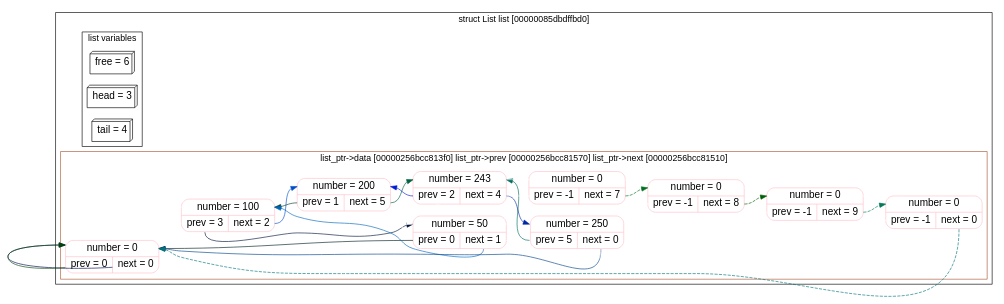
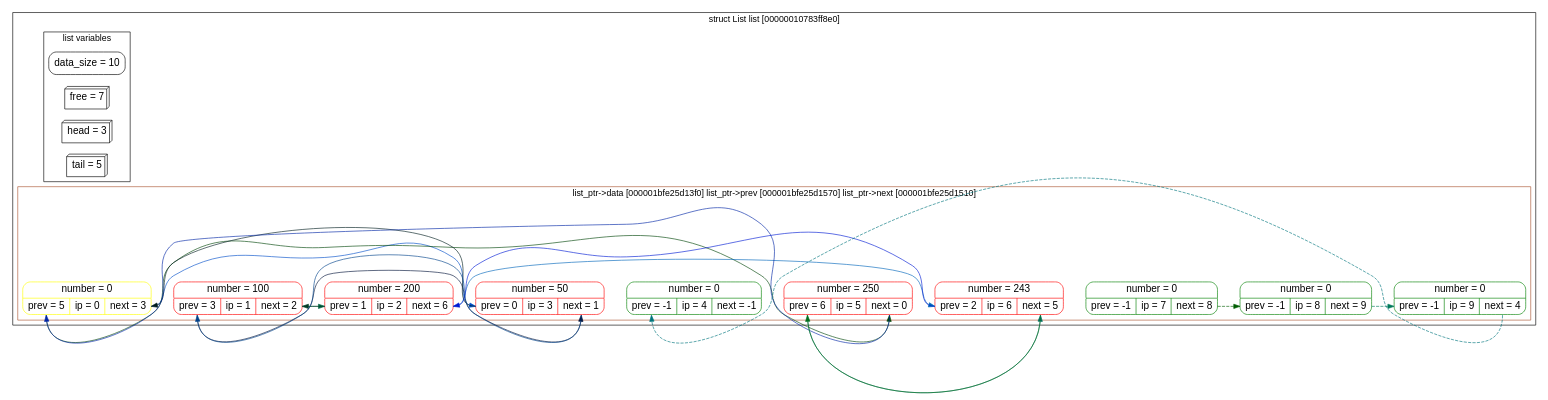
One commit to TimofeiMenshikov/list changed the diagram in graph/test.dot. Above: the diagram before and after it, drawn with Graphviz. The commit also changed 11 other files, not shown here.

```diff
--- a/graph/test.dot
+++ b/graph/test.dot
@@ -1,58 +1,41 @@
 digraph G {
 rankdir = "LR";
 subgraph cluster0 {
-label = "struct List list [00000085dbdffbd0]";fontname="Helvetica,Arial,sans-serif";
+label = "struct List list [00000010783ff8e0]";fontname="Helvetica,Arial,sans-serif";
 node [fontname="Helvetica,Arial,sans-serif" fontsize = "16" ];
 edge [fontname="Helvetica,Arial,sans-serif"];
 subgraph cluster1 {
 rankdir = "TB";
-label = "list variables"free [shape=box3d, label="free = 6"];
+label = "list variables"data_size [shape="Mrecord", label ="data_size = 10"]
+free [shape=box3d, label="free = 7"];
 head [shape=box3d, label="head = 3"];
-tail [shape=box3d, label="tail = 4"];
+tail [shape=box3d, label="tail = 5"];
 }
 subgraph cluster2 {
-color = "#AA5533"label = "list_ptr->data [00000256bcc813f0] list_ptr->prev [00000256bcc81570] list_ptr->next [00000256bcc81510]";"node0" [ label = " <f1> number =      0 | {<f0> prev = 0 |  <f2> next  = 0 }" shape = "Mrecord", color="Pink"];
-"node1" [ label = " <f1> number =    100 | {<f0> prev = 3 |  <f2> next  = 2 }" shape = "Mrecord", color="Pink"];
-"node2" [ label = " <f1> number =    200 | {<f0> prev = 1 |  <f2> next  = 5 }" shape = "Mrecord", color="Pink"];
-"node3" [ label = " <f1> number =     50 | {<f0> prev = 0 |  <f2> next  = 1 }" shape = "Mrecord", color="Pink"];
-"node4" [ label = " <f1> number =    250 | {<f0> prev = 5 |  <f2> next  = 0 }" shape = "Mrecord", color="Pink"];
-"node5" [ label = " <f1> number =    243 | {<f0> prev = 2 |  <f2> next  = 4 }" shape = "Mrecord", color="Pink"];
-"node6" [ label = " <f1> number =      0 | {<f0> prev = -1 |  <f2> next  = 7 }" shape = "Mrecord", color="Pink"];
-"node7" [ label = " <f1> number =      0 | {<f0> prev = -1 |  <f2> next  = 8 }" shape = "Mrecord", color="Pink"];
-"node8" [ label = " <f1> number =      0 | {<f0> prev = -1 |  <f2> next  = 9 }" shape = "Mrecord", color="Pink"];
-"node9" [ label = " <f1> number =      0 | {<f0> prev = -1 |  <f2> next  = 0 }" shape = "Mrecord", color="Pink"];
-"node0":f1 -> "node1":f1 [id = 0, color="White", width = 1000];
-"node0":f2 -> "node1":f0 [id = 1, color="White", width = 1000];
-"node1":f1 -> "node2":f1 [id = 2, color="White", width = 1000];
-"node1":f2 -> "node2":f0 [id = 3, color="White", width = 1000];
-"node2":f1 -> "node3":f1 [id = 4, color="White", width = 1000];
-"node2":f2 -> "node3":f0 [id = 5, color="White", width = 1000];
-"node3":f1 -> "node4":f1 [id = 6, color="White", width = 1000];
-"node3":f2 -> "node4":f0 [id = 7, color="White", width = 1000];
-"node4":f1 -> "node5":f1 [id = 8, color="White", width = 1000];
-"node4":f2 -> "node5":f0 [id = 9, color="White", width = 1000];
-"node5":f1 -> "node6":f1 [id = 10, color="White", width = 1000];
-"node5":f2 -> "node6":f0 [id = 11, color="White", width = 1000];
-"node6":f1 -> "node7":f1 [id = 12, color="White", width = 1000];
-"node6":f2 -> "node7":f0 [id = 13, color="White", width = 1000];
-"node7":f1 -> "node8":f1 [id = 14, color="White", width = 1000];
-"node7":f2 -> "node8":f0 [id = 15, color="White", width = 1000];
-"node8":f1 -> "node9":f1 [id = 16, color="White", width = 1000];
-"node8":f2 -> "node9":f0 [id = 17, color="White", width = 1000];
-"node0":f2 -> "node0":f1 [id = 20, color="#00074D"];
-"node1":f2 -> "node2":f1 [id = 21, color="#004DC8"];
-"node2":f2 -> "node5":f1 [id = 22, color="#006443"];
-"node3":f2 -> "node1":f1 [id = 23, color="#0066BB"];
-"node4":f2 -> "node0":f1 [id = 24, color="#00428B"];
-"node5":f2 -> "node4":f1 [id = 25, color="#0026A6"];
-"node6":f2 -> "node7":f1 [id = 26, color="#00701F", style="dashed"];
-"node7":f2 -> "node8":f1 [id = 27, color="#005D03", style="dashed"];
-"node8":f2 -> "node9":f1 [id = 28, color="#007A5A", style="dashed"];
-"node9":f2 -> "node0":f1 [id = 29, color="#00767D", style="dashed"];
-"node0":f0 -> "node0":f1 [id = 30, color="#004509"];
-"node1":f0 -> "node3":f1 [id = 31, color="#001238"];
-"node2":f0 -> "node1":f1 [id = 32, color="#003B25"];
-"node3":f0 -> "node0":f1 [id = 33, color="#001E1F"];
-"node4":f0 -> "node5":f1 [id = 34, color="#006E5D"];
-"node5":f0 -> "node2":f1 [id = 35, color="#001AD4"];
+color = "#AA5533"label = "list_ptr->data [000001bfe25d13f0] list_ptr->prev [000001bfe25d1570] list_ptr->next [000001bfe25d1510]";"node0" [ label = " <f1> number =      0 | {<f0> prev = 5 | <f4> ip = 0 | <f2> next  = 3 }" shape = "Mrecord", color="Yellow"];
+"node1" [ label = " <f1> number =    100 | {<f0> prev = 3 | <f4> ip = 1 | <f2> next  = 2 }" shape = "Mrecord", color="Red"];
+"node2" [ label = " <f1> number =    200 | {<f0> prev = 1 | <f4> ip = 2 | <f2> next  = 6 }" shape = "Mrecord", color="Red"];
+"node3" [ label = " <f1> number =     50 | {<f0> prev = 0 | <f4> ip = 3 | <f2> next  = 1 }" shape = "Mrecord", color="Red"];
+"node4" [ label = " <f1> number =      0 | {<f0> prev = -1 | <f4> ip = 4 | <f2> next  = -1 }" shape = "Mrecord", color="Green"];
+"node5" [ label = " <f1> number =    250 | {<f0> prev = 6 | <f4> ip = 5 | <f2> next  = 0 }" shape = "Mrecord", color="Red"];
+"node6" [ label = " <f1> number =    243 | {<f0> prev = 2 | <f4> ip = 6 | <f2> next  = 5 }" shape = "Mrecord", color="Red"];
+"node7" [ label = " <f1> number =      0 | {<f0> prev = -1 | <f4> ip = 7 | <f2> next  = 8 }" shape = "Mrecord", color="Green"];
+"node8" [ label = " <f1> number =      0 | {<f0> prev = -1 | <f4> ip = 8 | <f2> next  = 9 }" shape = "Mrecord", color="Green"];
+"node9" [ label = " <f1> number =      0 | {<f0> prev = -1 | <f4> ip = 9 | <f2> next  = 4 }" shape = "Mrecord", color="Green"];
+node0->node1->node2->node3->node4->node5->node6->node7->node8->node9[weight = 10000, color = "White"]
+"node0":f2 -> "node3":f0 [id = 20, color="#004DC8", constraint = false, splines = polyline];
+"node1":f2 -> "node2":f0 [id = 21, color="#006443", constraint = false, splines = polyline];
+"node2":f2 -> "node6":f0 [id = 22, color="#0066BB", constraint = false, splines = polyline];
+"node3":f2 -> "node1":f0 [id = 23, color="#00428B", constraint = false, splines = polyline];
+"node5":f2 -> "node0":f0 [id = 25, color="#0026A6", constraint = false, splines = polyline];
+"node6":f2 -> "node5":f0 [id = 26, color="#00701F", constraint = false, splines = polyline];
+"node7":f2 -> "node8":f0 [id = 27, color="#005D03", style="dashed", constraint = false, splines = polyline];
+"node8":f2 -> "node9":f0 [id = 28, color="#007A5A", style="dashed", constraint = false, splines = polyline];
+"node9":f2 -> "node4":f0 [id = 29, color="#00767D", style="dashed", constraint = false, splines = polyline];
+"node0":f0 -> "node5":f2 [id = 30, color="#004509", constraint = false, splines = none];
+"node1":f0 -> "node3":f2 [id = 31, color="#001238", constraint = false, splines = none];
+"node2":f0 -> "node1":f2 [id = 32, color="#003B25", constraint = false, splines = none];
+"node3":f0 -> "node0":f2 [id = 33, color="#001E1F", constraint = false, splines = none];
+"node5":f0 -> "node6":f2 [id = 35, color="#006E5D", constraint = false, splines = none];
+"node6":f0 -> "node2":f2 [id = 36, color="#001AD4", constraint = false, splines = none];
 } } }
```
